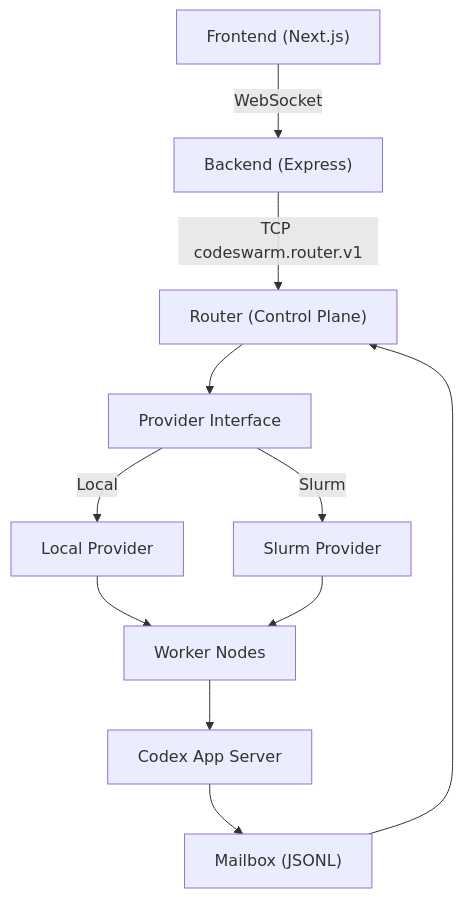
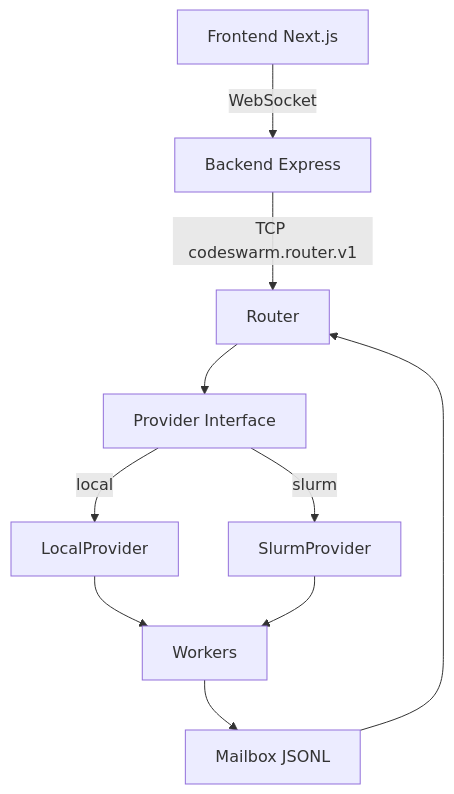
One commit to kalowery/codeswarm changed the diagram in README.md. Above: the diagram before and after it, drawn with Mermaid. The commit also changed other lines of this file and 5 other files, not shown here.

Commit message:
Refresh README and docs to match current router/backend behavior

````diff
--- a/README.md
+++ b/README.md
@@ -118,13 +82,12 @@
 ```mermaid
 flowchart TD
-    UI["Frontend (Next.js)"] -->|WebSocket| BE["Backend (Express)"]
-    BE -->|TCP codeswarm.router.v1| RT["Router (Control Plane)"]
-    RT --> PR["Provider Interface"]
-    PR -->|Local| LP["Local Provider"]
-    PR -->|Slurm| SP["Slurm Provider"]
-    LP --> WK["Worker Nodes"]
+    UI[Frontend Next.js] -->|WebSocket| BE[Backend Express]
+    BE -->|TCP codeswarm.router.v1| RT[Router]
+    RT --> PR[Provider Interface]
+    PR -->|local| LP[LocalProvider]
+    PR -->|slurm| SP[SlurmProvider]
+    LP --> WK[Workers]
     SP --> WK
-    WK --> CX["Codex App Server"]
-    CX --> MB["Mailbox (JSONL)"]
+    WK --> MB[Mailbox JSONL]
     MB --> RT
 ```
````
